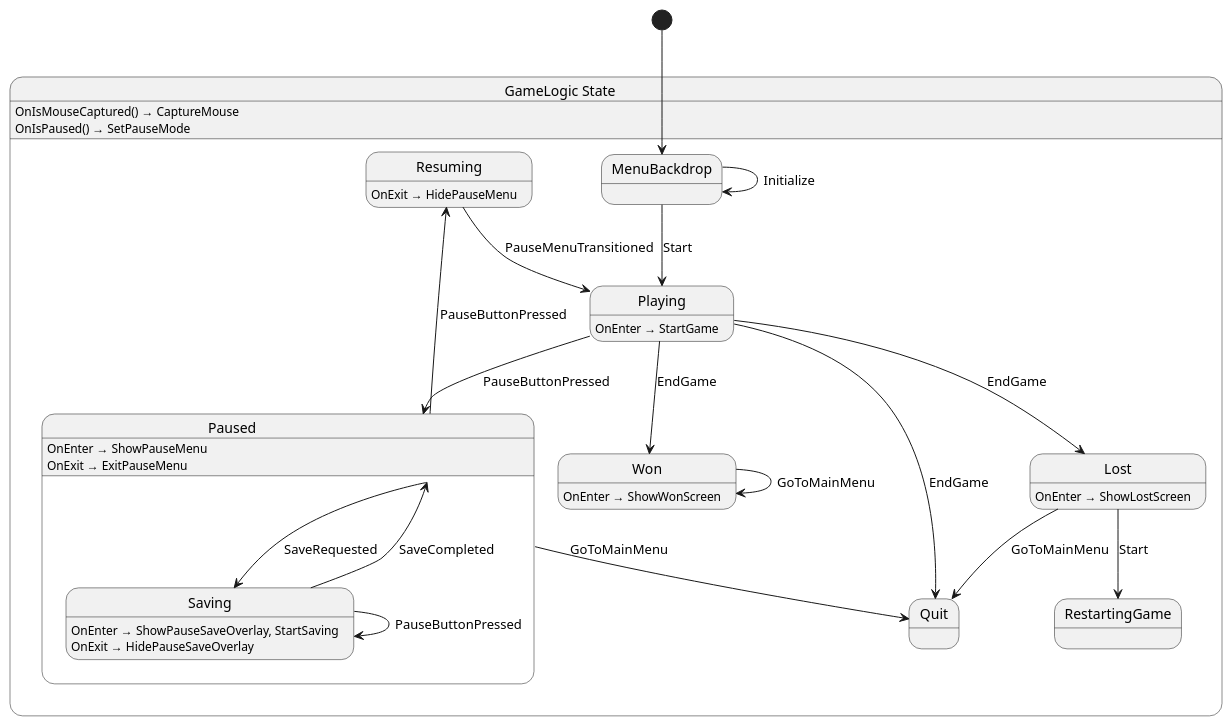
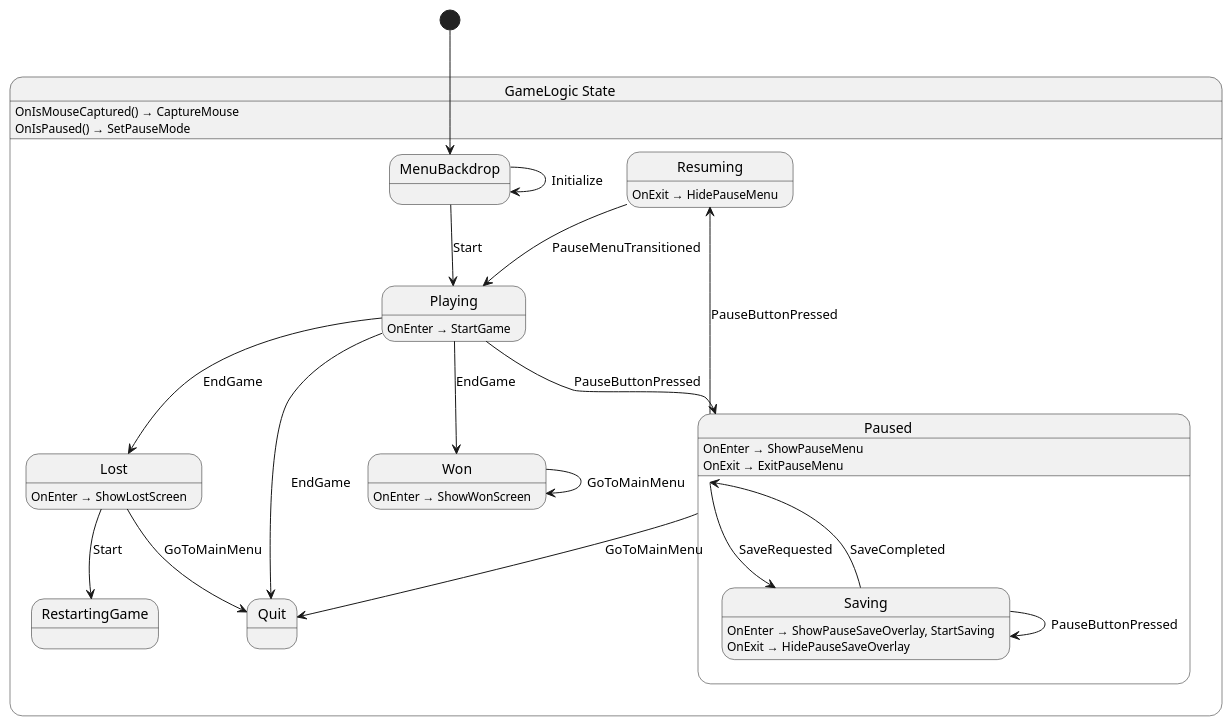
Before and after one commit to chickensoft-games/GameDemo: the diagram in src/game/state/GameLogic.g.puml, drawn with PlantUML. The commit also changed other lines of this file and 239 other files, not shown here.

```diff
--- a/src/game/state/GameLogic.g.puml
+++ b/src/game/state/GameLogic.g.puml
@@ -1,43 +1,43 @@
 @startuml GameLogic
 state "GameLogic State" as GameDemo_GameLogic_State {
-  state "Lost" as GameDemo_GameLogic_State_Lost
-  state "MenuBackdrop" as GameDemo_GameLogic_State_MenuBackdrop
+  state "RestartingGame" as GameDemo_GameLogic_State_RestartingGame
   state "Paused" as GameDemo_GameLogic_State_Paused {
     state "Saving" as GameDemo_GameLogic_State_Saving
   }
+  state "Won" as GameDemo_GameLogic_State_Won
+  state "Lost" as GameDemo_GameLogic_State_Lost
+  state "Resuming" as GameDemo_GameLogic_State_Resuming
+  state "MenuBackdrop" as GameDemo_GameLogic_State_MenuBackdrop
   state "Playing" as GameDemo_GameLogic_State_Playing
   state "Quit" as GameDemo_GameLogic_State_Quit
-  state "RestartingGame" as GameDemo_GameLogic_State_RestartingGame
-  state "Resuming" as GameDemo_GameLogic_State_Resuming
-  state "Won" as GameDemo_GameLogic_State_Won
 }
 
 GameDemo_GameLogic_State_Lost --> GameDemo_GameLogic_State_Quit : GoToMainMenu
 GameDemo_GameLogic_State_Lost --> GameDemo_GameLogic_State_RestartingGame : Start
 GameDemo_GameLogic_State_MenuBackdrop --> GameDemo_GameLogic_State_MenuBackdrop : Initialize
 GameDemo_GameLogic_State_MenuBackdrop --> GameDemo_GameLogic_State_Playing : Start
 GameDemo_GameLogic_State_Paused --> GameDemo_GameLogic_State_Quit : GoToMainMenu
 GameDemo_GameLogic_State_Paused --> GameDemo_GameLogic_State_Resuming : PauseButtonPressed
 GameDemo_GameLogic_State_Paused --> GameDemo_GameLogic_State_Saving : SaveRequested
 GameDemo_GameLogic_State_Playing --> GameDemo_GameLogic_State_Lost : EndGame
 GameDemo_GameLogic_State_Playing --> GameDemo_GameLogic_State_Paused : PauseButtonPressed
 GameDemo_GameLogic_State_Playing --> GameDemo_GameLogic_State_Quit : EndGame
 GameDemo_GameLogic_State_Playing --> GameDemo_GameLogic_State_Won : EndGame
 GameDemo_GameLogic_State_Resuming --> GameDemo_GameLogic_State_Playing : PauseMenuTransitioned
 GameDemo_GameLogic_State_Saving --> GameDemo_GameLogic_State_Paused : SaveCompleted
 GameDemo_GameLogic_State_Saving --> GameDemo_GameLogic_State_Saving : PauseButtonPressed
 GameDemo_GameLogic_State_Won --> GameDemo_GameLogic_State_Won : GoToMainMenu
 
 GameDemo_GameLogic_State : OnIsMouseCaptured() → CaptureMouse
 GameDemo_GameLogic_State : OnIsPaused() → SetPauseMode
 GameDemo_GameLogic_State_Lost : OnEnter → ShowLostScreen
 GameDemo_GameLogic_State_Paused : OnEnter → ShowPauseMenu
 GameDemo_GameLogic_State_Paused : OnExit → ExitPauseMenu
 GameDemo_GameLogic_State_Playing : OnEnter → StartGame
 GameDemo_GameLogic_State_Resuming : OnExit → HidePauseMenu
 GameDemo_GameLogic_State_Saving : OnEnter → ShowPauseSaveOverlay, StartSaving
 GameDemo_GameLogic_State_Saving : OnExit → HidePauseSaveOverlay
 GameDemo_GameLogic_State_Won : OnEnter → ShowWonScreen
 
 [*] --> GameDemo_GameLogic_State_MenuBackdrop
 @enduml
```
